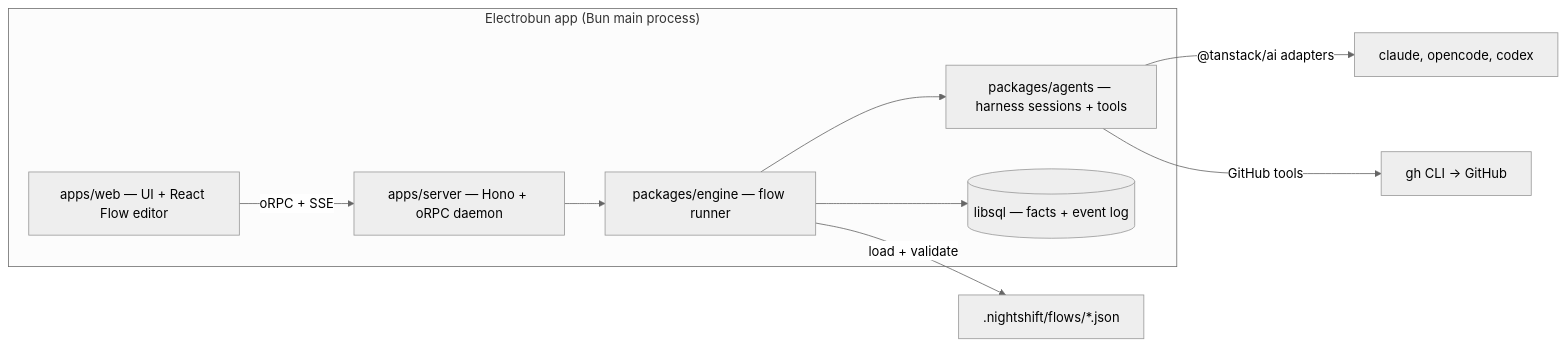
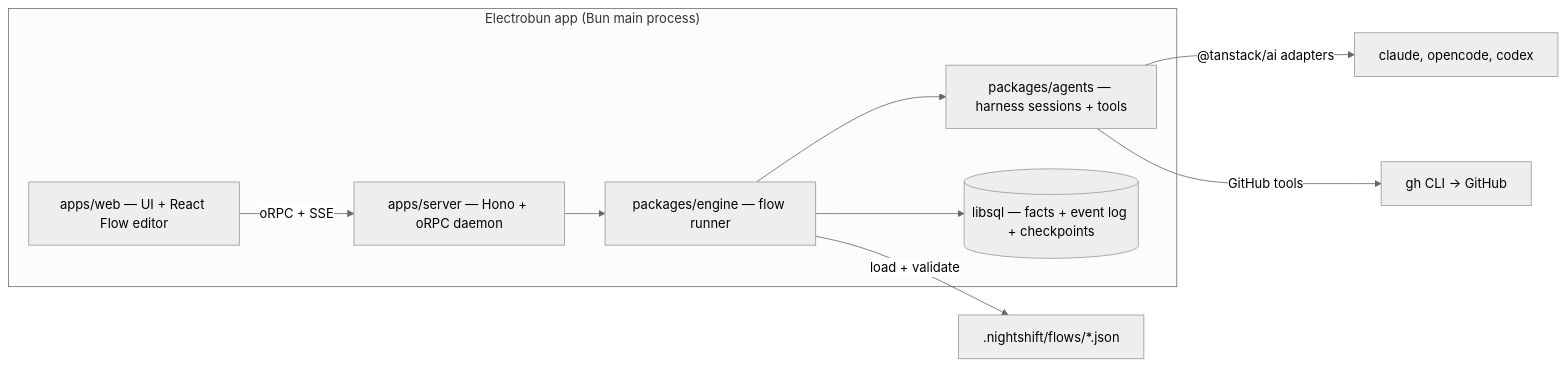
Before and after one commit to xiduzo/nightshift: the diagram in docs/PLAN.md, drawn with Mermaid (neutral theme). The commit also changed other lines of this file and 45 other files, not shown here.

````diff
--- a/docs/PLAN.md
+++ b/docs/PLAN.md
@@ -60,21 +60,21 @@
 ```mermaid
 flowchart LR
   subgraph desktop["Electrobun app (Bun main process)"]
     ui["apps/web — UI + React Flow editor"]
     daemon["apps/server — Hono + oRPC daemon"]
     engine["packages/engine — flow runner"]
     agents["packages/agents — harness sessions + tools"]
-    db[("libsql — facts + event log")]
+    db[("libsql — facts + event log + checkpoints")]
   end
   flows[".nightshift/flows/*.json"]
   harness["claude, opencode, codex"]
   gh["gh CLI → GitHub"]
 
   ui -- "oRPC + SSE" --> daemon
   daemon --> engine
   engine --> agents
   engine --> db
   engine -- "load + validate" --> flows
   agents -- "@tanstack/ai adapters" --> harness
   agents -- "GitHub tools" --> gh
 ```
````
